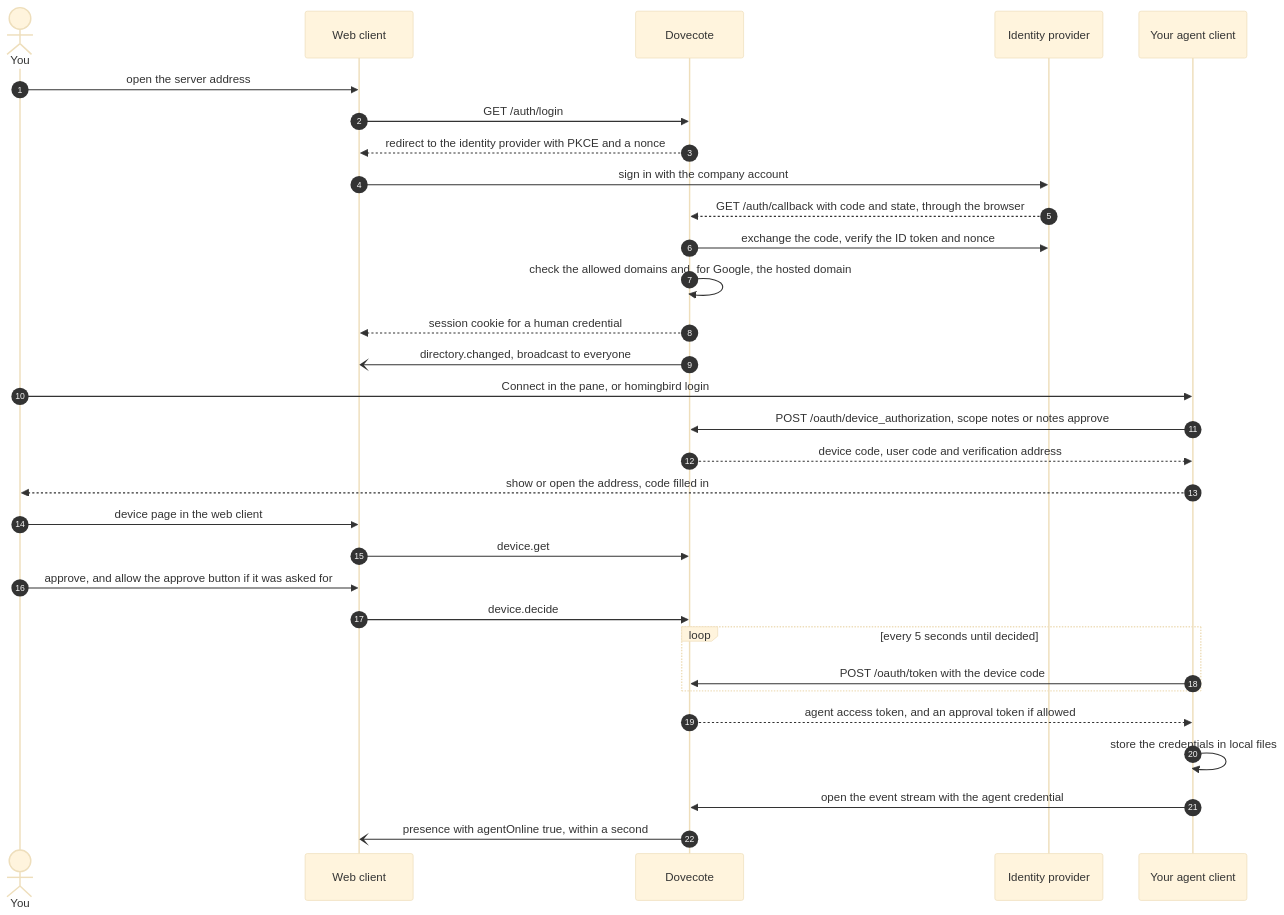
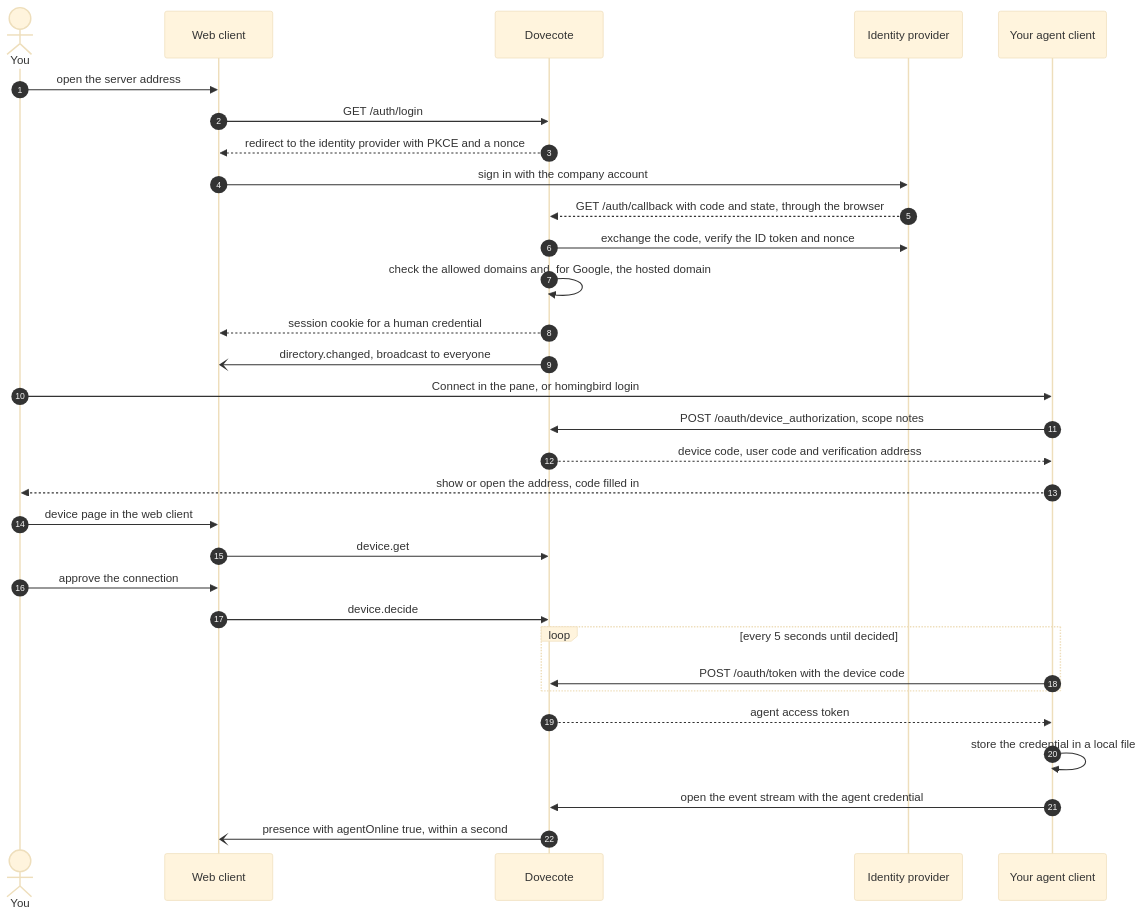
Before and after one commit to let-sunny/homingbird: the second of 10 diagrams in docs/architecture.md, drawn with Mermaid (base theme). The commit also changed other lines of this file and 8 other files, not shown here.

````diff
--- a/docs/architecture.md
+++ b/docs/architecture.md
@@ -96,33 +92,33 @@
 ```mermaid
 sequenceDiagram
   autonumber
   actor H as You
   participant W as Web client
   participant S as Dovecote
   participant I as Identity provider
   participant D as Your agent client
   H->>W: open the server address
   W->>S: GET /auth/login
   S-->>W: redirect to the identity provider with PKCE and a nonce
   W->>I: sign in with the company account
   I-->>S: GET /auth/callback with code and state, through the browser
   S->>I: exchange the code, verify the ID token and nonce
   S->>S: check the allowed domains and, for Google, the hosted domain
   S-->>W: session cookie for a human credential
   S-)W: directory.changed, broadcast to everyone
   H->>D: Connect in the pane, or homingbird login
-  D->>S: POST /oauth/device_authorization, scope notes or notes approve
+  D->>S: POST /oauth/device_authorization, scope notes
   S-->>D: device code, user code and verification address
   D-->>H: show or open the address, code filled in
   H->>W: device page in the web client
   W->>S: device.get
-  H->>W: approve, and allow the approve button if it was asked for
+  H->>W: approve the connection
   W->>S: device.decide
   loop every 5 seconds until decided
     D->>S: POST /oauth/token with the device code
   end
-  S-->>D: agent access token, and an approval token if allowed
-  D->>D: store the credentials in local files
+  S-->>D: agent access token
+  D->>D: store the credential in a local file
   D->>S: open the event stream with the agent credential
   S-)W: presence with agentOnline true, within a second
 ```
````
